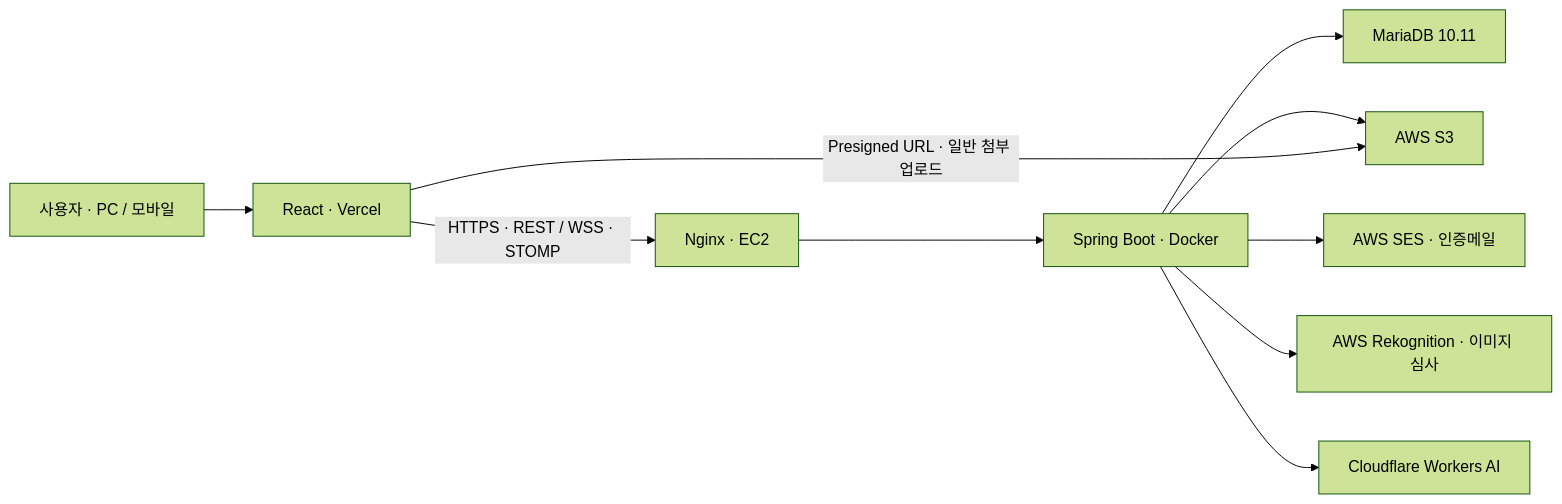
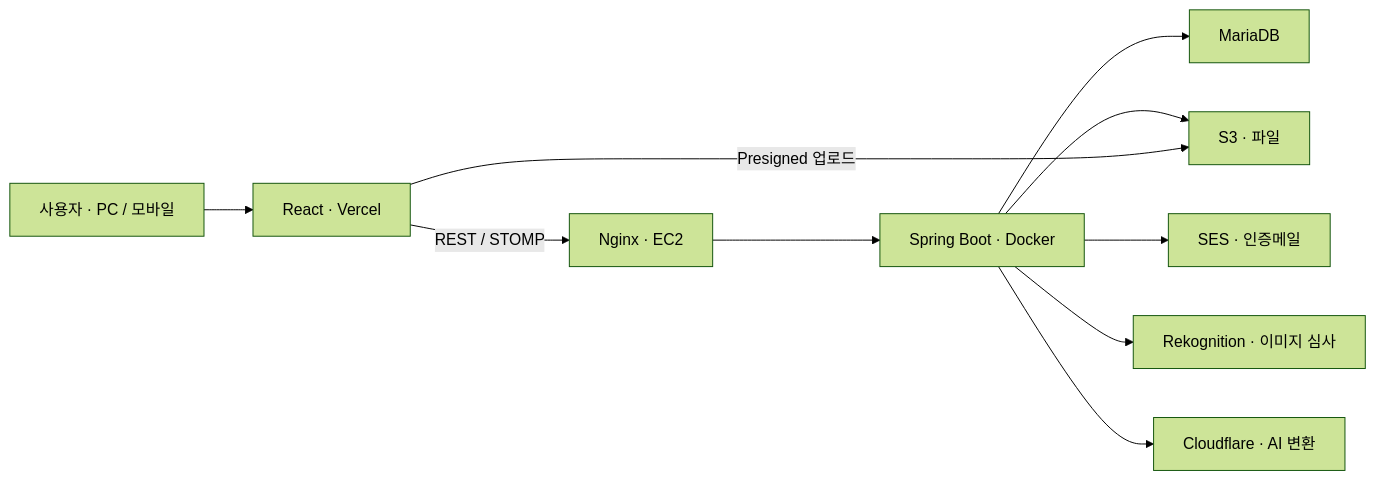
One commit to dlawhd/graduation changed the diagram in README.md. Above: the diagram before and after it, drawn with Mermaid (forest theme). The commit also changed other lines of this file and 2 other files, not shown here.

````diff
--- a/README.md
+++ b/README.md
@@ -78,12 +124,12 @@
 ```mermaid
 flowchart LR
     Browser["사용자 · PC / 모바일"] --> Frontend["React · Vercel"]
-    Frontend -->|"HTTPS · REST / WSS · STOMP"| Proxy["Nginx · EC2"]
+    Frontend -->|"REST / STOMP"| Proxy["Nginx · EC2"]
     Proxy --> Api["Spring Boot · Docker"]
-    Api --> Db["MariaDB 10.11"]
-    Api --> S3["AWS S3"]
-    Frontend -->|"Presigned URL · 일반 첨부 업로드"| S3
-    Api --> Ses["AWS SES · 인증메일"]
-    Api --> Moderation["AWS Rekognition · 이미지 심사"]
-    Api --> Ai["Cloudflare Workers AI"]
+    Api --> Db["MariaDB"]
+    Api --> S3["S3 · 파일"]
+    Frontend -->|"Presigned 업로드"| S3
+    Api --> Ses["SES · 인증메일"]
+    Api --> Moderation["Rekognition · 이미지 심사"]
+    Api --> Ai["Cloudflare · AI 변환"]
 ```
````
